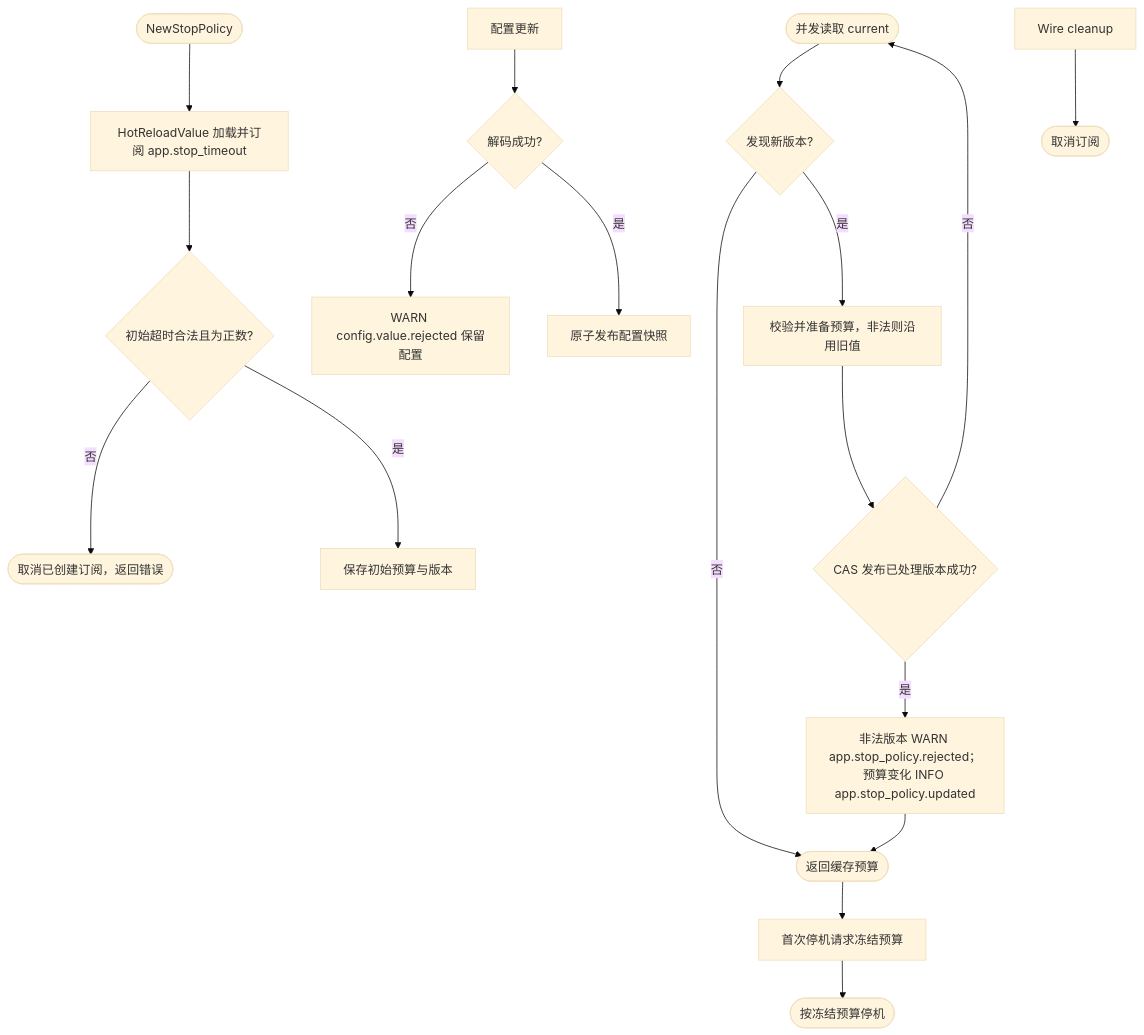
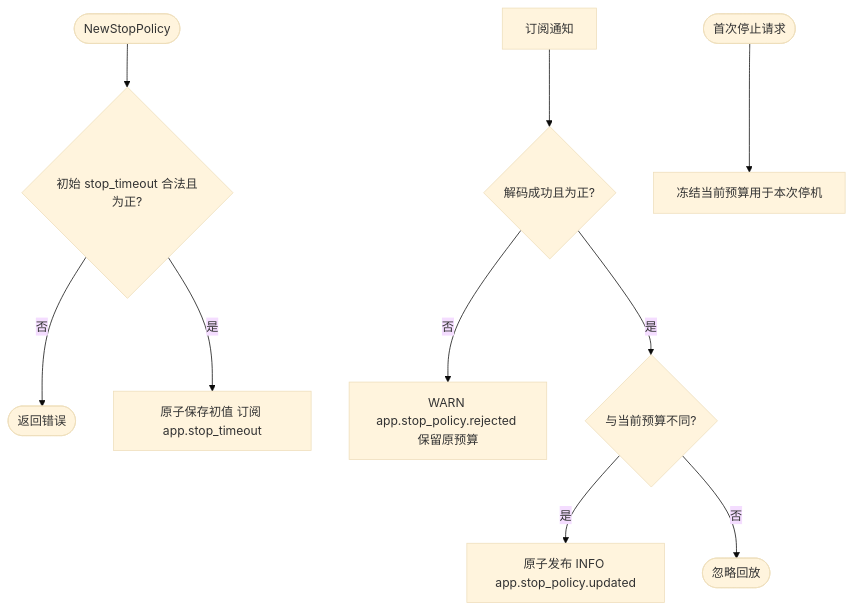
One commit to jaggerzhuang1994/kratos-foundation changed the eighth of 12 diagrams in pkg/app/README.md. Above: the diagram before and after it, drawn with Mermaid (base theme). The commit also changed other lines of this file and 31 other files, not shown here.

````diff
--- a/pkg/app/README.md
+++ b/pkg/app/README.md
@@ -231,20 +232,12 @@
 ```mermaid
 flowchart TD
-    A([NewStopPolicy]) --> B[HotReloadValue 加载并订阅 app.stop_timeout]
-    B --> C{初始超时合法且为正数?}
-    C -- 否 --> D([取消已创建订阅，返回错误])
-    C -- 是 --> E[保存初始预算与版本]
-    U[配置更新] --> V{解码成功?}
-    V -- 否 --> W[WARN config.value.rejected 保留配置]
-    V -- 是 --> X[原子发布配置快照]
-    R([并发读取 current]) --> S{发现新版本?}
-    S -- 否 --> T([返回缓存预算])
-    S -- 是 --> F[校验并准备预算，非法则沿用旧值]
-    F --> G{CAS 发布已处理版本成功?}
-    G -- 否 --> R
-    G -- 是 --> H[非法版本 WARN app.stop_policy.rejected；预算变化 INFO app.stop_policy.updated]
-    H --> T
-    T --> I[首次停机请求冻结预算]
-    I --> J([按冻结预算停机])
-    K[Wire cleanup] --> L([取消订阅])
+    A([NewStopPolicy]) --> B{初始 stop_timeout 合法且为正?}
+    B -- 否 --> C([返回错误])
+    B -- 是 --> D[原子保存初值 订阅 app.stop_timeout]
+    U[订阅通知] --> V{解码成功且为正?}
+    V -- 否 --> W[WARN app.stop_policy.rejected 保留原预算]
+    V -- 是 --> X{与当前预算不同?}
+    X -- 是 --> Y[原子发布 INFO app.stop_policy.updated]
+    X -- 否 --> Z([忽略回放])
+    S([首次停止请求]) --> T[冻结当前预算用于本次停机]
 ```
````
